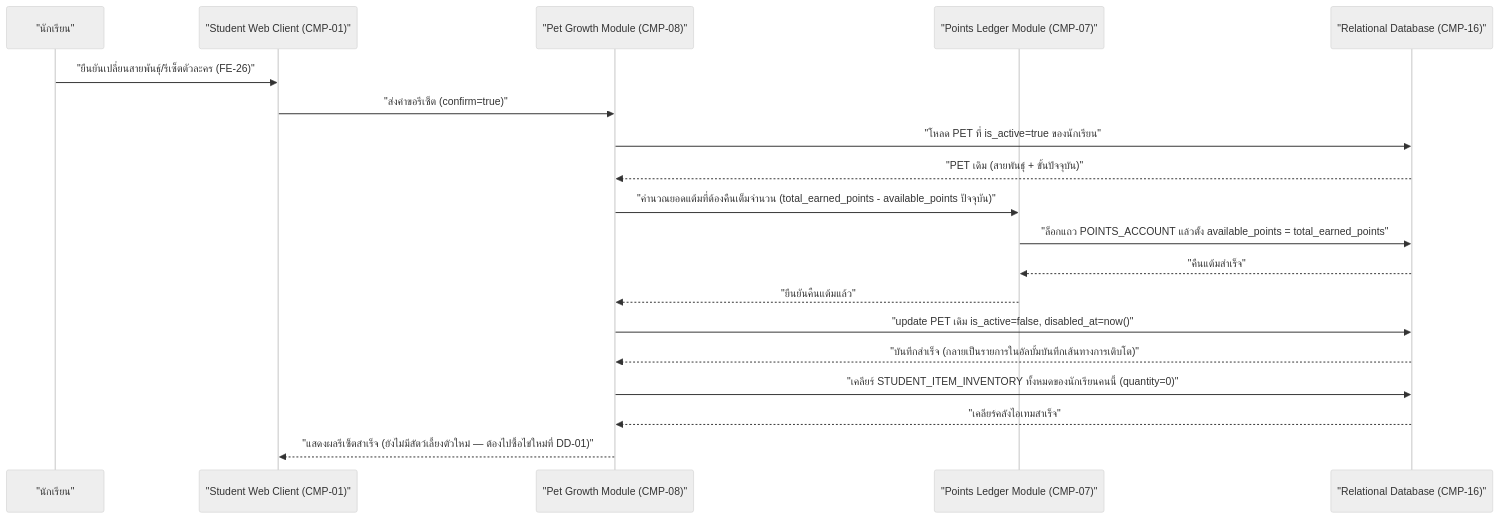
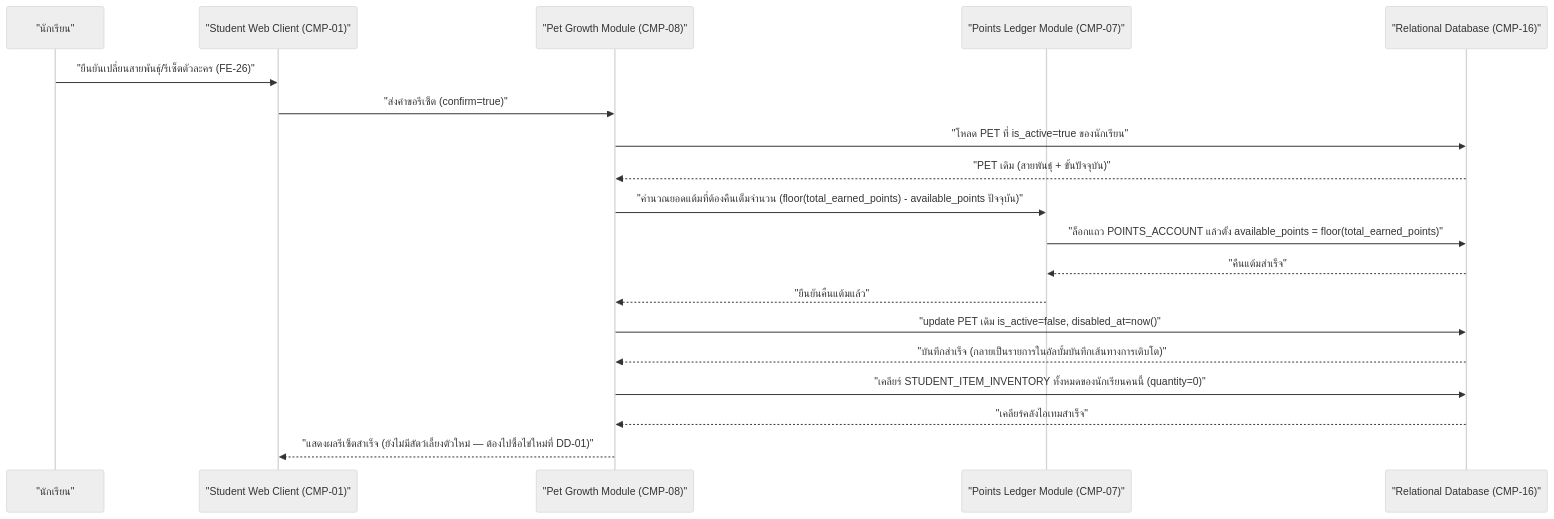
One commit to chanwitwon-ops/war-point changed the first of 2 diagrams in docs/02-design/02-technical/detailed-design/reset-pet.md. Above: the diagram before and after it, drawn with Mermaid (neutral theme). The commit also changed other lines of this file and 3 other files, not shown here.

````diff
--- a/docs/02-design/02-technical/detailed-design/reset-pet.md
+++ b/docs/02-design/02-technical/detailed-design/reset-pet.md
@@ -10,22 +10,22 @@
 ```mermaid
 sequenceDiagram
     participant S as "นักเรียน"
     participant C as "Student Web Client (CMP-01)"
     participant PET as "Pet Growth Module (CMP-08)"
     participant PTS as "Points Ledger Module (CMP-07)"
     participant D as "Relational Database (CMP-16)"
 
     S->>C: "ยืนยันเปลี่ยนสายพันธุ์/รีเซ็ตตัวละคร (FE-26)"
     C->>PET: "ส่งคำขอรีเซ็ต (confirm=true)"
     PET->>D: "โหลด PET ที่ is_active=true ของนักเรียน"
     D-->>PET: "PET เดิม (สายพันธุ์ + ขั้นปัจจุบัน)"
-    PET->>PTS: "คำนวณยอดแต้มที่ต้องคืนเต็มจำนวน (total_earned_points - available_points ปัจจุบัน)"
-    PTS->>D: "ล็อกแถว POINTS_ACCOUNT แล้วตั้ง available_points = total_earned_points"
+    PET->>PTS: "คำนวณยอดแต้มที่ต้องคืนเต็มจำนวน (floor(total_earned_points) - available_points ปัจจุบัน)"
+    PTS->>D: "ล็อกแถว POINTS_ACCOUNT แล้วตั้ง available_points = floor(total_earned_points)"
     D-->>PTS: "คืนแต้มสำเร็จ"
     PTS-->>PET: "ยืนยันคืนแต้มแล้ว"
     PET->>D: "update PET เดิม is_active=false, disabled_at=now()"
     D-->>PET: "บันทึกสำเร็จ (กลายเป็นรายการในอัลบั้มบันทึกเส้นทางการเติบโต)"
     PET->>D: "เคลียร์ STUDENT_ITEM_INVENTORY ทั้งหมดของนักเรียนคนนี้ (quantity=0)"
     D-->>PET: "เคลียร์คลังไอเทมสำเร็จ"
     PET-->>C: "แสดงผลรีเซ็ตสำเร็จ (ยังไม่มีสัตว์เลี้ยงตัวใหม่ — ต้องไปซื้อไข่ใหม่ที่ DD-01)"
 ```
````
